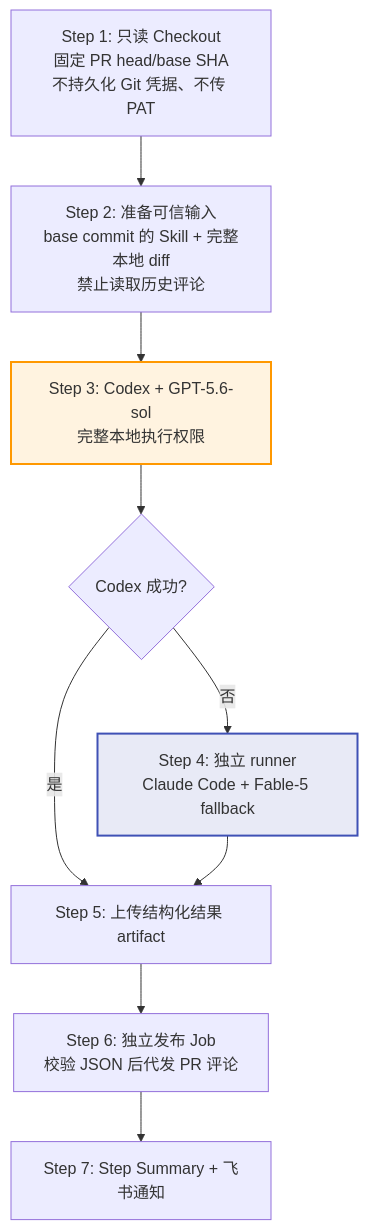
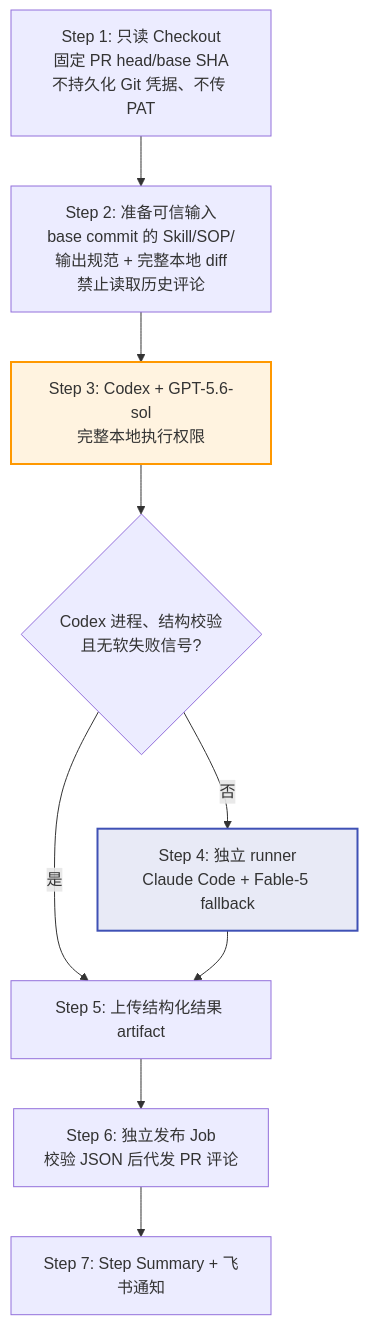
One commit to Lightspeed-Intelligence/agentic-workflow-template changed the fourth of 13 diagrams in docs/code-review-design.md. Above: the diagram before and after it, drawn with Mermaid. The commit also changed other lines of this file and 21 other files, not shown here.

````diff
--- a/docs/code-review-design.md
+++ b/docs/code-review-design.md
@@ -124,19 +124,19 @@
 ```mermaid
 flowchart TD
     A["Step 1: 只读 Checkout<br/>固定 PR head/base SHA<br/>不持久化 Git 凭据、不传 PAT"]
-    B["Step 2: 准备可信输入<br/>base commit 的 Skill + 完整本地 diff<br/>禁止读取历史评论"]
+    B["Step 2: 准备可信输入<br/>base commit 的 Skill/SOP/输出规范 + 完整本地 diff<br/>禁止读取历史评论"]
     C["Step 3: Codex + GPT-5.6-sol<br/>完整本地执行权限"]
-    D{"Codex 成功?"}
+    D{"Codex 进程、结构校验<br/>且无软失败信号?"}
     E["Step 4: 独立 runner<br/>Claude Code + Fable-5 fallback"]
     F["Step 5: 上传结构化结果 artifact"]
     G["Step 6: 独立发布 Job<br/>校验 JSON 后代发 PR 评论"]
     H["Step 7: Step Summary + 飞书通知"]
 
     A --> B --> C --> D
     D -->|是| F
     D -->|否| E --> F
     F --> G --> H
 
     style C fill:#fff3e0,stroke:#FF9800,stroke-width:2px
     style E fill:#e8eaf6,stroke:#3F51B5,stroke-width:2px
 ```
````
